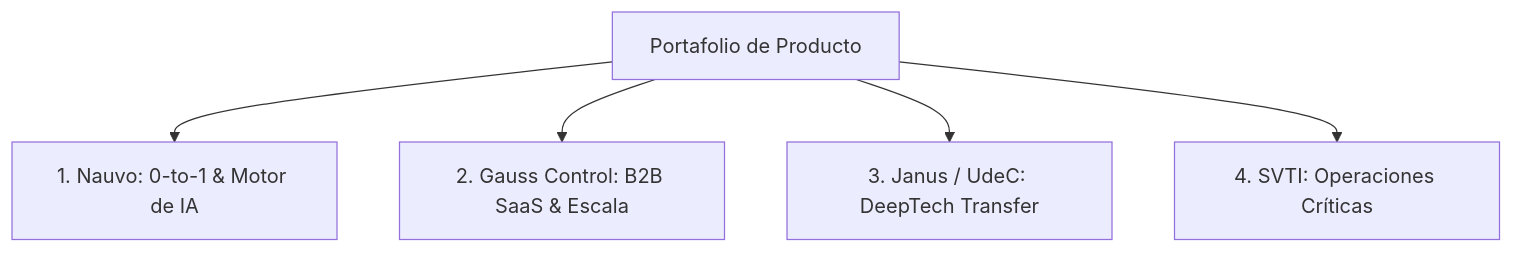
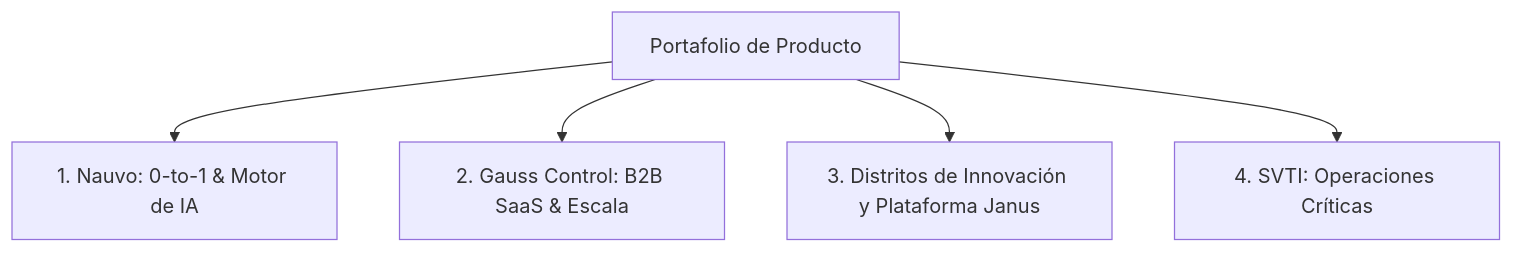
Before and after one commit to jotapesvz/portafolio: the diagram in README.md, drawn with Mermaid. The commit also changed other lines of this file and 2 other files, not shown here.

Commit message:
fix(mermaid): quote node labels and simplify title to Distritos de Innovación y Plataforma Janus

````diff
--- a/README.md
+++ b/README.md
@@ -30,7 +30,7 @@
 ```mermaid
 graph TD
-    Portfolio[Portafolio de Producto] --> C1[1. Nauvo: 0-to-1 & Motor de IA]
-    Portfolio --> C2[2. Gauss Control: B2B SaaS & Escala]
-    Portfolio --> C3[3. Janus / UdeC: DeepTech Transfer]
-    Portfolio --> C4[4. SVTI: Operaciones Críticas]
+    Portfolio["Portafolio de Producto"] --> C1["1. Nauvo: 0-to-1 & Motor de IA"]
+    Portfolio --> C2["2. Gauss Control: B2B SaaS & Escala"]
+    Portfolio --> C3["3. Distritos de Innovación y Plataforma Janus"]
+    Portfolio --> C4["4. SVTI: Operaciones Críticas"]
 ```
````
